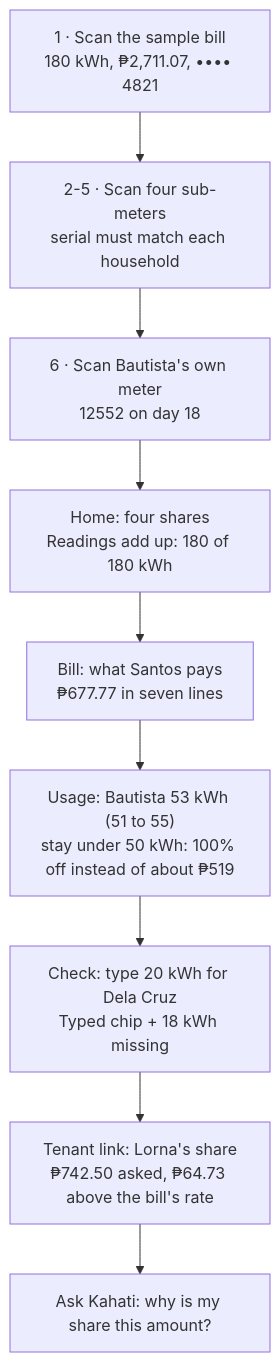
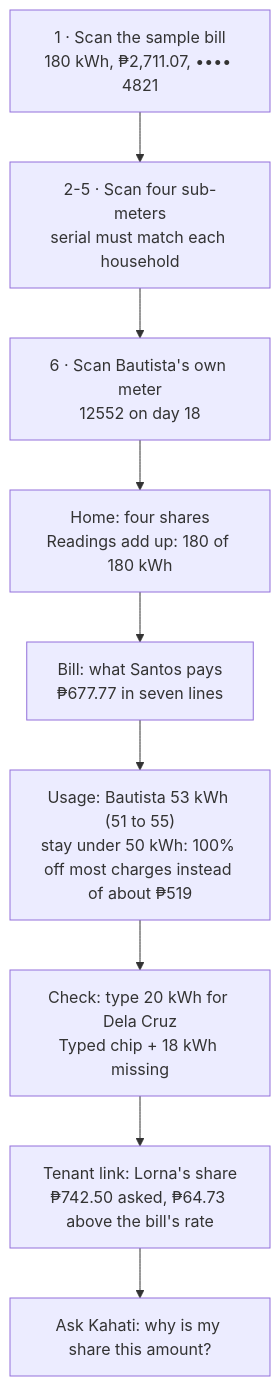
Before and after one commit to msmeralco/TeamNewYorkStylePizza: the third of 8 diagrams in README.md, drawn with Mermaid. The commit also changed other lines of this file and 20 other files, not shown here.

````diff
--- a/README.md
+++ b/README.md
@@ -59,11 +59,11 @@
 ```mermaid
 flowchart TD
     S1["1 · Scan the sample bill<br/>180 kWh, ₱2,711.07, •••• 4821"] --> S2["2-5 · Scan four sub-meters<br/>serial must match each household"]
     S2 --> S6["6 · Scan Bautista's own meter<br/>12552 on day 18"]
     S6 --> H["Home: four shares<br/>Readings add up: 180 of 180 kWh"]
     H --> BL["Bill: what Santos pays<br/>₱677.77 in seven lines"]
-    BL --> U["Usage: Bautista 53 kWh (51 to 55)<br/>stay under 50 kWh: 100% off instead of about ₱519"]
+    BL --> U["Usage: Bautista 53 kWh (51 to 55)<br/>stay under 50 kWh: 100% off most charges instead of about ₱519"]
     U --> C["Check: type 20 kWh for Dela Cruz<br/>Typed chip + 18 kWh missing"]
     C --> T["Tenant link: Lorna's share<br/>₱742.50 asked, ₱64.73 above the bill's rate"]
     T --> Q["Ask Kahati: why is my share this amount?"]
 ```
````
